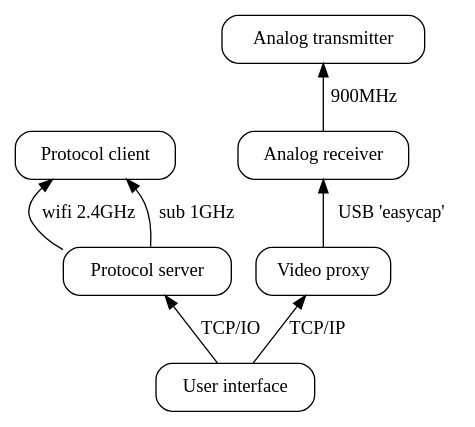
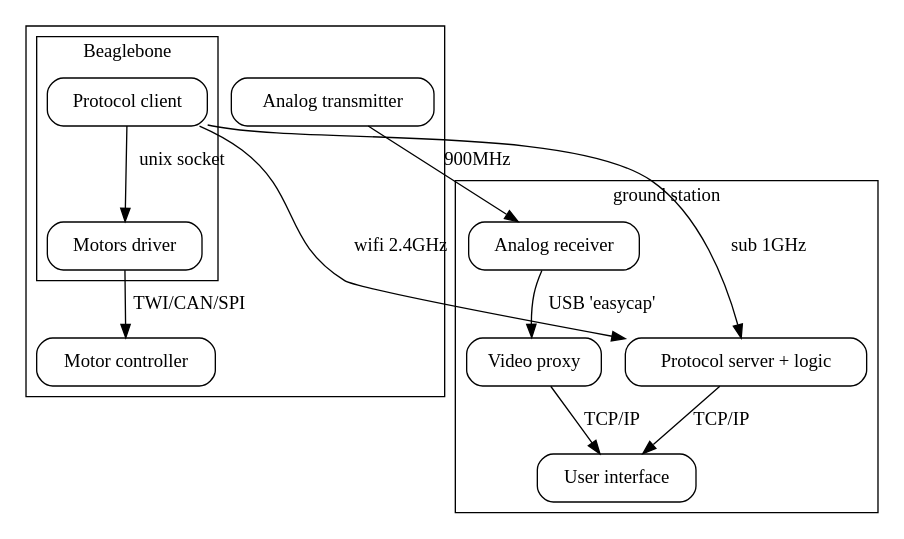
The diagram in docs/design.dot (Maciej-Poleski/BeagleBone-prototyp1), drawn with Graphviz before and after one commit. The commit also changed 1 other file, not shown here.

```diff
--- a/docs/design.dot
+++ b/docs/design.dot
@@ -1,29 +1,34 @@
 digraph {
         #rankdir=RL;
-        edge [dir=back];
+        #edge [dir=back];
         node [shape=box, style=rounded];
 
-        subgraph Lazik {
-                 subgraph main {
+        subgraph cluster_Lazik {
+                 subgraph cluster_main {
                           label = "Beaglebone";
+                          driver [label="Motors driver"];
+                          client -> driver [label="unix socket"];
                           client [label="Protocol client"];
                  }
+
+                 motor [label="Motor controller"];
+                 driver -> motor [label="TWI/CAN/SPI"];
                  transmitter [label="Analog transmitter"];
         }
 
-        subgraph Groundstation {
+        subgraph cluster_Groundstation {
                  label = "ground station";
-                 server [label="Protocol server"];
+                 server [label="Protocol server + logic"];
                  ui [label="User interface"];
                  receiver [label="Analog receiver"];
                  videoproxy [label="Video proxy"];
 
                  receiver -> videoproxy [label="USB 'easycap'"];
                  videoproxy -> ui [label="TCP/IP"];
-                 server -> ui [label="TCP/IO"];
+                 server -> ui [label="TCP/IP"];
         }
 
         client -> server [label="wifi 2.4GHz"];
         client -> server [label="sub 1GHz"];
         transmitter -> receiver [label="900MHz"];
 }
```
